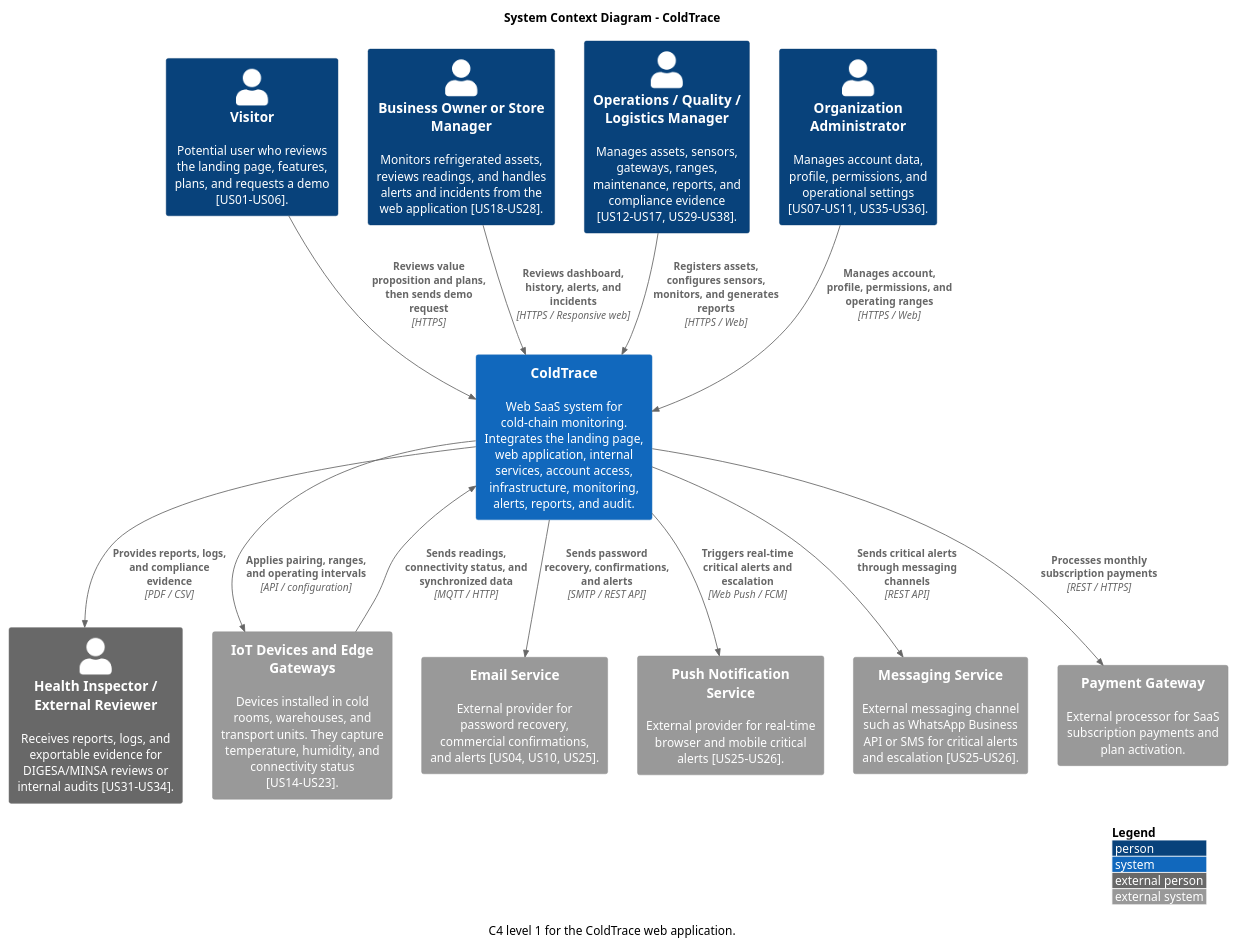
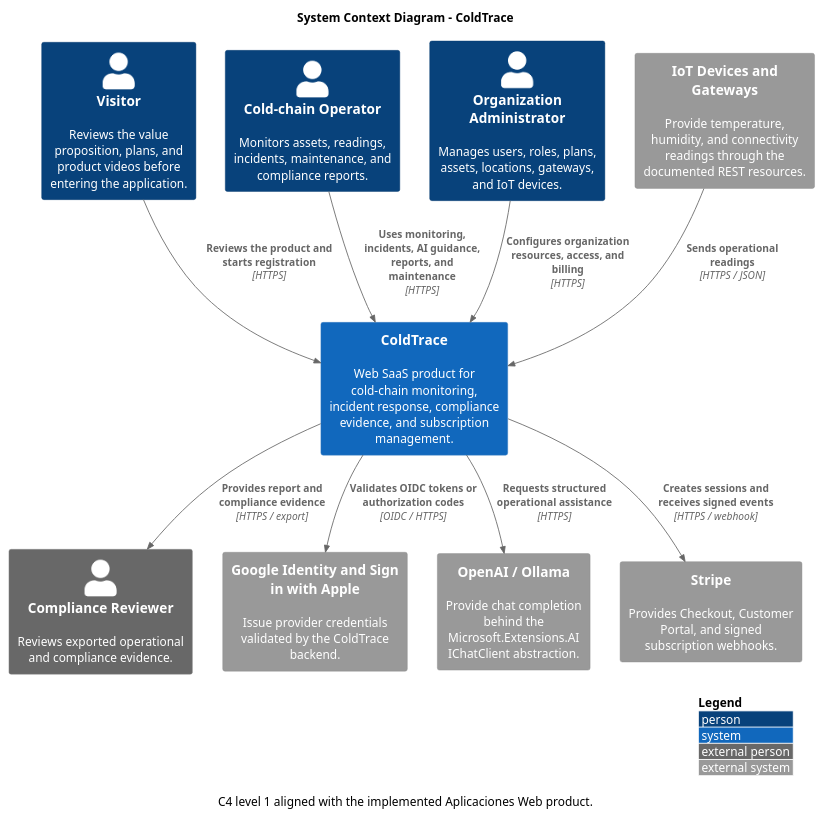
One commit to AplicacionesWeb-Grupo-2/informe-del-proyecto changed the diagram in report/assets/chapter-04/contextdiagram/contextdiagram.puml. Above: the diagram before and after it, drawn with PlantUML. The commit also changed 5 other files, not shown here.

Commit message:
docs(TS32): align final report and evidence

```diff
--- a/report/assets/chapter-04/contextdiagram/contextdiagram.puml
+++ b/report/assets/chapter-04/contextdiagram/contextdiagram.puml
@@ -1,44 +1,32 @@
 @startuml
 !include https://raw.githubusercontent.com/plantuml-stdlib/C4-PlantUML/master/C4_Context.puml
 
 title System Context Diagram - ColdTrace
-caption C4 level 1 for the ColdTrace web application.
+caption C4 level 1 aligned with the implemented Aplicaciones Web product.
 
 LAYOUT_WITH_LEGEND()
 LAYOUT_TOP_DOWN()
 
-' Main actors aligned with the user stories from the Web Applications project.
-Person(visitor, "Visitor", "Potential user who reviews the landing page, features, plans, and requests a demo [US01-US06].")
-Person(owner, "Business Owner or Store Manager", "Monitors refrigerated assets, reviews readings, and handles alerts and incidents from the web application [US18-US28].")
-Person(ops, "Operations / Quality / Logistics Manager", "Manages assets, sensors, gateways, ranges, maintenance, reports, and compliance evidence [US12-US17, US29-US38].")
-Person(admin, "Organization Administrator", "Manages account data, profile, permissions, and operational settings [US07-US11, US35-US36].")
-Person_Ext(auditor, "Health Inspector / External Reviewer", "Receives reports, logs, and exportable evidence for DIGESA/MINSA reviews or internal audits [US31-US34].")
+Person(visitor, "Visitor", "Reviews the value proposition, plans, and product videos before entering the application.")
+Person(operator, "Cold-chain Operator", "Monitors assets, readings, incidents, maintenance, and compliance reports.")
+Person(admin, "Organization Administrator", "Manages users, roles, plans, assets, locations, gateways, and IoT devices.")
+Person_Ext(auditor, "Compliance Reviewer", "Reviews exported operational and compliance evidence.")
 
-' Main system.
-System(coldtrace, "ColdTrace", "Web SaaS system for cold-chain monitoring. Integrates the landing page, web application, internal services, account access, infrastructure, monitoring, alerts, reports, and audit.")
+System(coldtrace, "ColdTrace", "Web SaaS product for cold-chain monitoring, incident response, compliance evidence, and subscription management.")
 
-' External systems.
-System_Ext(iot, "IoT Devices and Edge Gateways", "Devices installed in cold rooms, warehouses, and transport units. They capture temperature, humidity, and connectivity status [US14-US23].")
-System_Ext(email, "Email Service", "External provider for password recovery, commercial confirmations, and alerts [US04, US10, US25].")
-System_Ext(push, "Push Notification Service", "External provider for real-time browser and mobile critical alerts [US25-US26].")
-System_Ext(messaging, "Messaging Service", "External messaging channel such as WhatsApp Business API or SMS for critical alerts and escalation [US25-US26].")
-System_Ext(payments, "Payment Gateway", "External processor for SaaS subscription payments and plan activation.")
+System_Ext(iot, "IoT Devices and Gateways", "Provide temperature, humidity, and connectivity readings through the documented REST resources.")
+System_Ext(identity, "Google Identity and Sign in with Apple", "Issue provider credentials validated by the ColdTrace backend.")
+System_Ext(ai, "OpenAI / Ollama", "Provide chat completion behind the Microsoft.Extensions.AI IChatClient abstraction.")
+System_Ext(stripe, "Stripe", "Provides Checkout, Customer Portal, and signed subscription webhooks.")
 
-' Relationships between actors and the system.
-Rel(visitor, coldtrace, "Reviews value proposition and plans, then sends demo request", "HTTPS")
-Rel(owner, coldtrace, "Reviews dashboard, history, alerts, and incidents", "HTTPS / Responsive web")
-Rel(ops, coldtrace, "Registers assets, configures sensors, monitors, and generates reports", "HTTPS / Web")
-Rel(admin, coldtrace, "Manages account, profile, permissions, and operating ranges", "HTTPS / Web")
-Rel(coldtrace, auditor, "Provides reports, logs, and compliance evidence", "PDF / CSV")
+Rel(visitor, coldtrace, "Reviews the product and starts registration", "HTTPS")
+Rel(operator, coldtrace, "Uses monitoring, incidents, AI guidance, reports, and maintenance", "HTTPS")
+Rel(admin, coldtrace, "Configures organization resources, access, and billing", "HTTPS")
+Rel(coldtrace, auditor, "Provides report and compliance evidence", "HTTPS / export")
 
-' Relationships with IoT infrastructure.
-Rel(iot, coldtrace, "Sends readings, connectivity status, and synchronized data", "MQTT / HTTP")
-Rel(coldtrace, iot, "Applies pairing, ranges, and operating intervals", "API / configuration")
-
-' Relationships with external services.
-Rel(coldtrace, email, "Sends password recovery, confirmations, and alerts", "SMTP / REST API")
-Rel(coldtrace, push, "Triggers real-time critical alerts and escalation", "Web Push / FCM")
-Rel(coldtrace, messaging, "Sends critical alerts through messaging channels", "REST API")
-Rel(coldtrace, payments, "Processes monthly subscription payments", "REST / HTTPS")
+Rel(iot, coldtrace, "Sends operational readings", "HTTPS / JSON")
+Rel(coldtrace, identity, "Validates OIDC tokens or authorization codes", "OIDC / HTTPS")
+Rel(coldtrace, ai, "Requests structured operational assistance", "HTTPS")
+Rel(coldtrace, stripe, "Creates sessions and receives signed events", "HTTPS / webhook")
 
 @enduml
```
